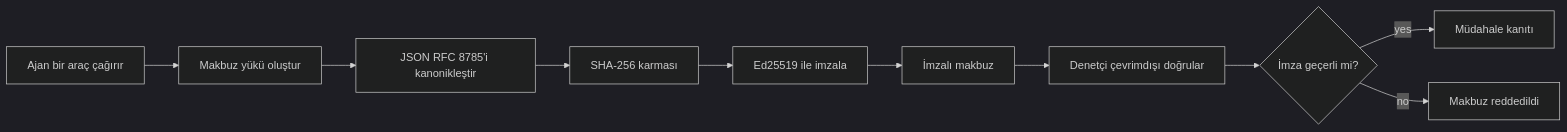
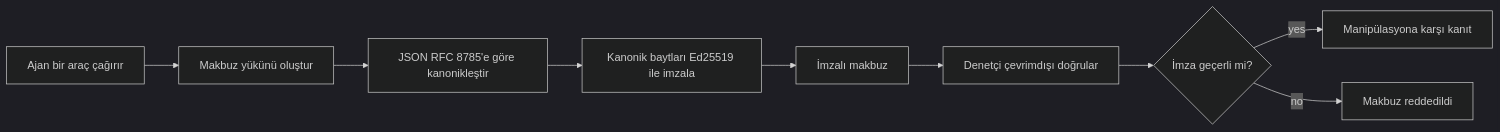
Before and after one commit to microsoft/ai-agents-for-beginners: the first of 2 diagrams in translations/tr/18-securing-ai-agents/README.md, drawn with Mermaid (dark theme). The commit also changed other lines of this file and 47 other files, not shown here.

````diff
--- a/translations/tr/18-securing-ai-agents/README.md
+++ b/translations/tr/18-securing-ai-agents/README.md
@@ -51,12 +51,11 @@
 ```mermaid
 flowchart LR
-    A[Ajan bir araç çağırır] --> B[Makbuz yükü oluştur]
-    B --> C[JSON RFC 8785'i kanonikleştir]
-    C --> D[SHA-256 karması]
-    D --> E[Ed25519 ile imzala]
+    A[Ajan bir araç çağırır] --> B[Makbuz yükünü oluştur]
+    B --> C[JSON RFC 8785'e göre kanonikleştir]
+    C --> E[Kanonik baytları Ed25519 ile imzala]
     E --> F[İmzalı makbuz]
     F --> G[Denetçi çevrimdışı doğrular]
     G --> H{İmza geçerli mi?}
-    H -- yes --> I[Müdahale kanıtı]
+    H -- yes --> I[Manipülasyona karşı kanıt]
     H -- no --> J[Makbuz reddedildi]
 ```
````
